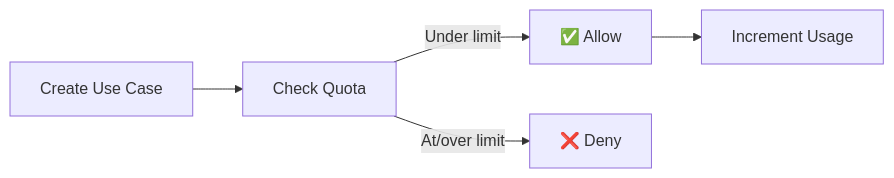
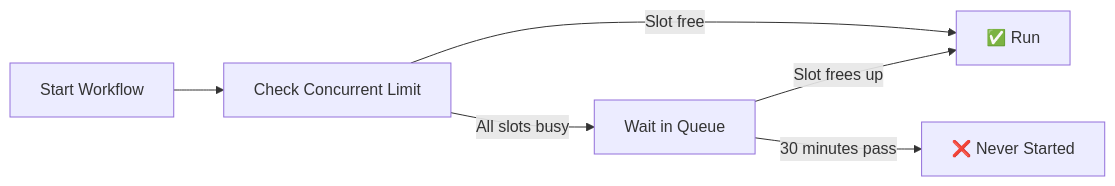
Before and after one commit to multiplex-ai/muggle-ai-docs: the diagram in billing/quotas-and-limits.md, drawn with Mermaid. The commit also changed other lines of this file and 4 other files, not shown here.

````diff
--- a/billing/quotas-and-limits.md
+++ b/billing/quotas-and-limits.md
@@ -9,7 +22,8 @@
 ```mermaid
 flowchart LR
-    action["Create Use Case"] --> check["Check Quota"]
-    check -->|"Under limit"| allow["✅ Allow"]
-    check -->|"At/over limit"| deny["❌ Deny"]
-    allow --> increment["Increment Usage"]
+    start["Start Workflow"] --> check["Check Concurrent Limit"]
+    check -->|"Slot free"| run["✅ Run"]
+    check -->|"All slots busy"| wait["Wait in Queue"]
+    wait -->|"Slot frees up"| run
+    wait -->|"30 minutes pass"| fail["❌ Never Started"]
 ```
````
